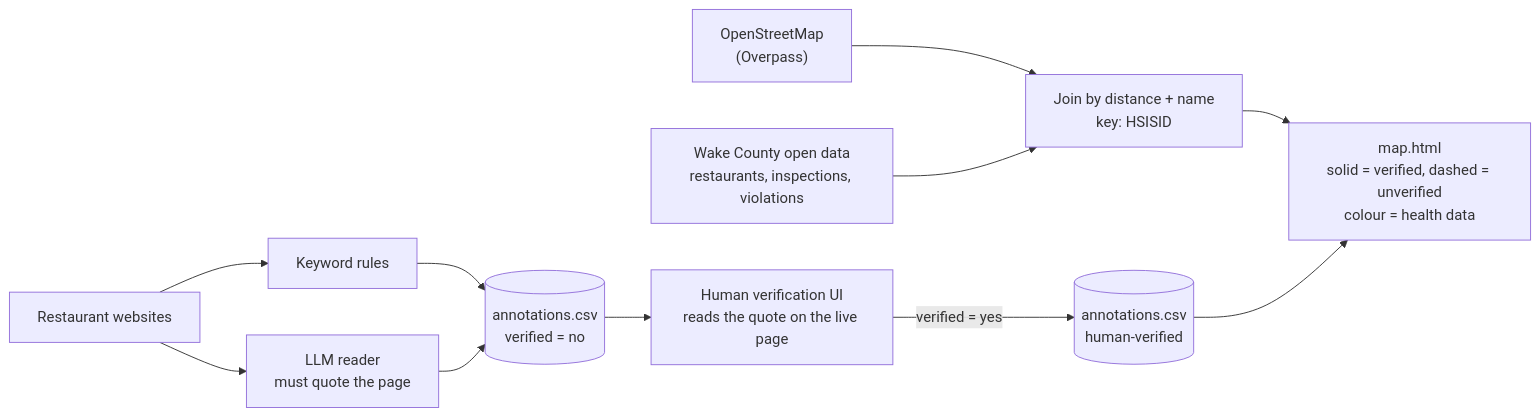
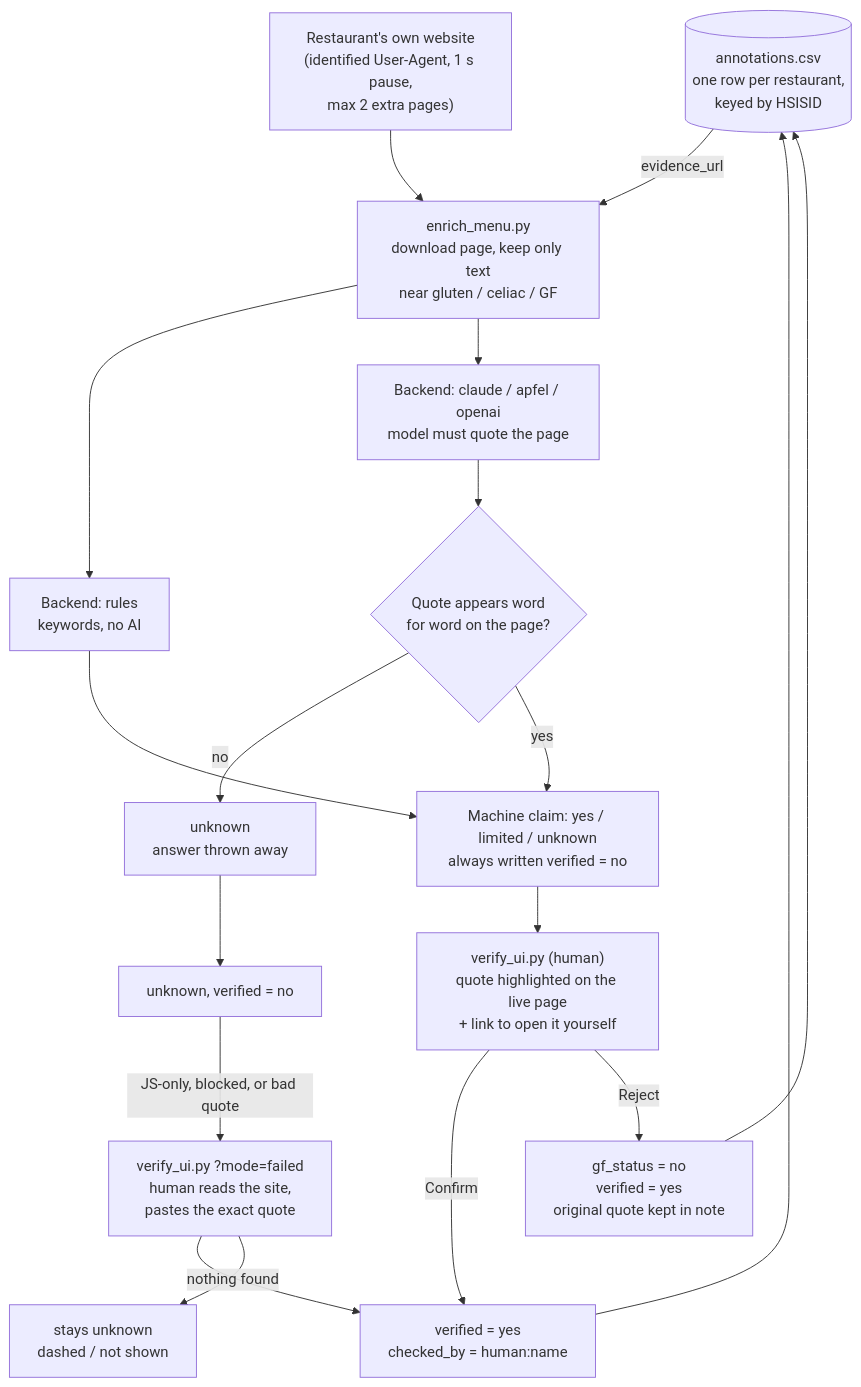
The second of 3 diagrams in README.md (rippy/ato_mlh_2026), drawn with Mermaid before and after one commit. The commit also changed other lines of this file, not shown here.

Commit message:
README: three mermaid diagrams (data sources, annotation flow, map build)

````diff
--- a/README.md
+++ b/README.md
@@ -22,13 +55,28 @@
 ```mermaid
-flowchart LR
-    OSM["OpenStreetMap<br/>(Overpass)"] --> JOIN
-    WAKE["Wake County open data<br/>restaurants, inspections, violations"] --> JOIN
-    JOIN["Join by distance + name<br/>key: HSISID"] --> MAP
-    SITES["Restaurant websites"] --> RULES["Keyword rules"]
-    SITES --> LLM["LLM reader<br/>must quote the page"]
-    RULES --> CSV
-    LLM --> CSV[("annotations.csv<br/>verified = no")]
-    CSV --> UI["Human verification UI<br/>reads the quote on the live page"]
-    UI -->|"verified = yes"| CSV2[("annotations.csv<br/>human-verified")]
-    CSV2 --> MAP["map.html<br/>solid = verified, dashed = unverified<br/>colour = health data"]
+flowchart TD
+    ANN[("annotations.csv<br/>one row per restaurant,<br/>keyed by HSISID")]
+    SITE["Restaurant's own website<br/>(identified User-Agent, 1 s pause,<br/>max 2 extra pages)"]
+
+    ANN -->|"evidence_url"| FETCH["enrich_menu.py<br/>download page, keep only text<br/>near gluten / celiac / GF"]
+    SITE --> FETCH
+
+    FETCH --> RULES["Backend: rules<br/>keywords, no AI"]
+    FETCH --> LLM["Backend: claude / apfel / openai<br/>model must quote the page"]
+
+    LLM --> CHK{"Quote appears word<br/>for word on the page?"}
+    CHK -->|no| UNK["unknown<br/>answer thrown away"]
+    CHK -->|yes| MACH
+    RULES --> MACH["Machine claim: yes / limited / unknown<br/>always written verified = no"]
+    UNK --> MACH2["unknown, verified = no"]
+
+    MACH --> UI["verify_ui.py (human)<br/>quote highlighted on the live page<br/>+ link to open it yourself"]
+    MACH2 -->|"JS-only, blocked, or bad quote"| UI2["verify_ui.py ?mode=failed<br/>human reads the site,<br/>pastes the exact quote"]
+
+    UI -->|"Confirm"| HYES["verified = yes<br/>checked_by = human:name"]
+    UI -->|"Reject"| HNO["gf_status = no<br/>verified = yes<br/>original quote kept in note"]
+    UI2 --> HYES
+    UI2 -->|"nothing found"| STAY["stays unknown<br/>dashed / not shown"]
+
+    HYES --> ANN
+    HNO --> ANN
 ```
````
